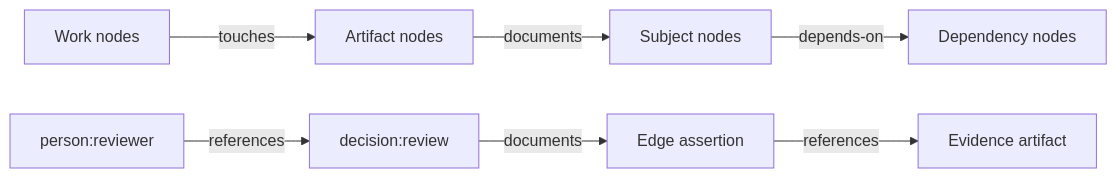
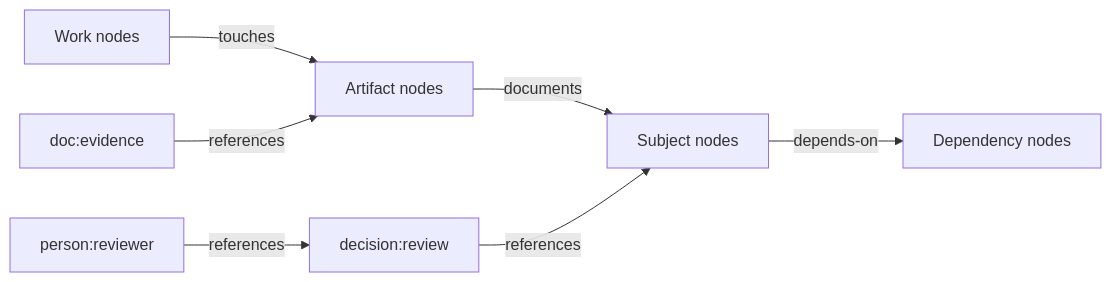
One commit to flyingrobots/git-mind changed the first of 5 diagrams in docs/design/graph-data-model.md. Above: the diagram before and after it, drawn with Mermaid. The commit also changed other lines of this file and 9 other files, not shown here.

Commit message:
docs: address graph model review findings (#322)

````diff
--- a/docs/design/graph-data-model.md
+++ b/docs/design/graph-data-model.md
@@ -58,9 +58,9 @@
 ```mermaid
 flowchart LR
     Artifact["Artifact nodes"] -->|documents| Subject["Subject nodes"]
     Work["Work nodes"] -->|touches| Artifact
     Subject -->|depends-on| Dependency["Dependency nodes"]
-    Assertion["Edge assertion"] -->|references| Evidence["Evidence artifact"]
+    Evidence["doc:evidence"] -->|references| Artifact
     Reviewer["person:reviewer"] -->|references| Decision["decision:review"]
-    Decision -->|documents| Assertion
+    Decision -->|references| Subject
 ```
````
